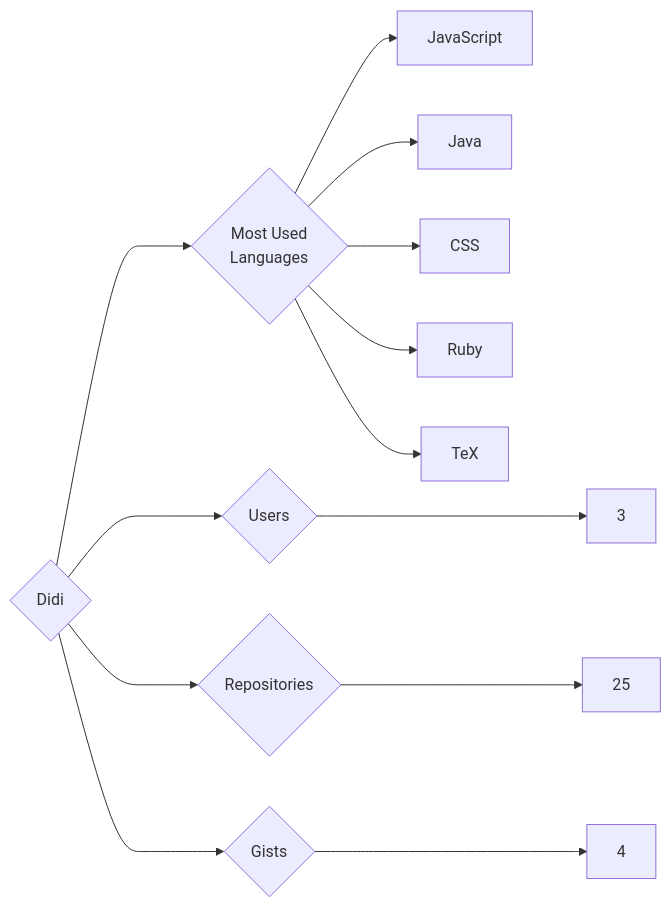
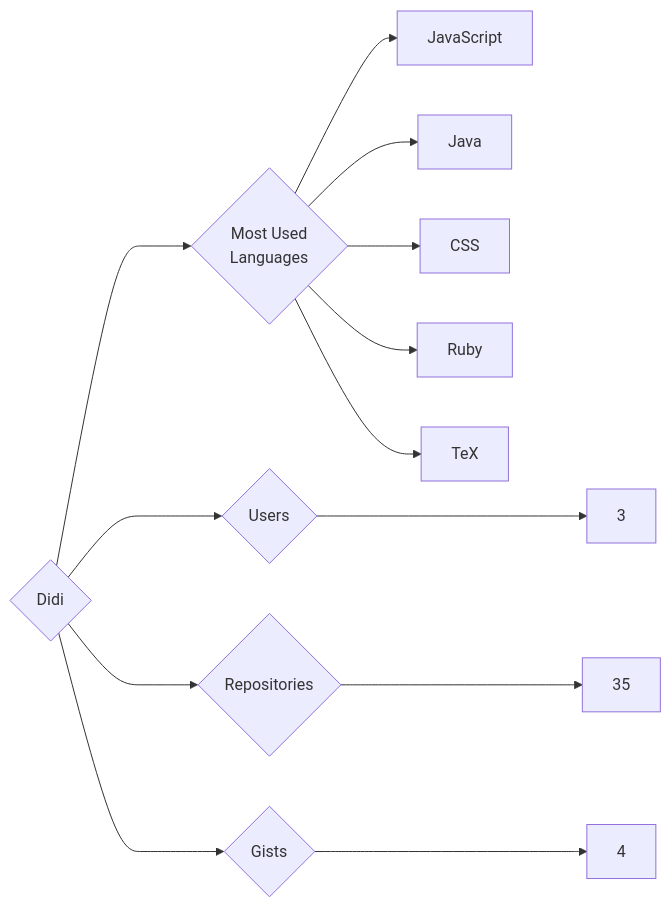
One commit to trickest/insiders changed the diagram in targets/Didi/README.md. Above: the diagram before and after it, drawn with Mermaid. The commit also changed 942 other files, not shown here.

````diff
--- a/targets/Didi/README.md
+++ b/targets/Didi/README.md
@@ -3,13 +3,13 @@
 ```mermaid
 graph LR
 COMPANY_NAME{Didi}
 COMPANY_NAME ---> U{Users} ---> UN[3]
-COMPANY_NAME ---> R{Repositories} ---> RN[25]
+COMPANY_NAME ---> R{Repositories} ---> RN[35]
 COMPANY_NAME ---> G{Gists} ---> GN[4]
 COMPANY_NAME ---> ML{Most Used<br>Languages}
 ML --> JavaScript[JavaScript]
 ML --> Java[Java]
 ML --> CSS[CSS]
 ML --> Ruby[Ruby]
 ML --> TeX[TeX]
 ```
````
